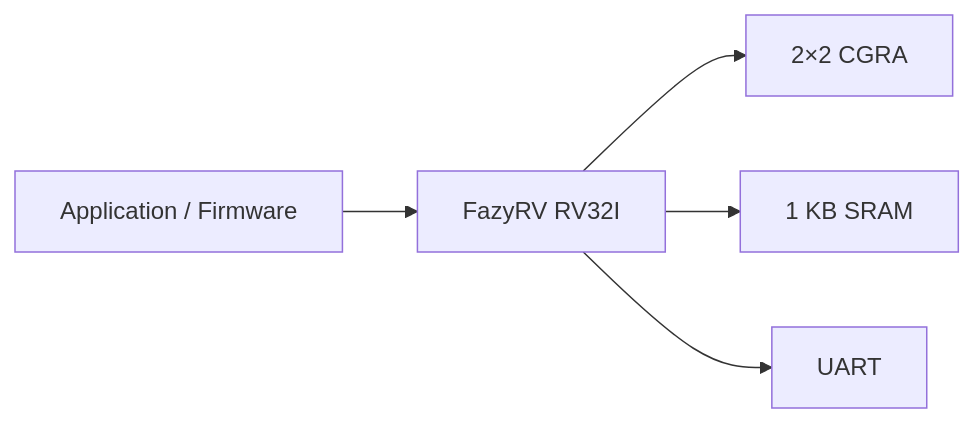
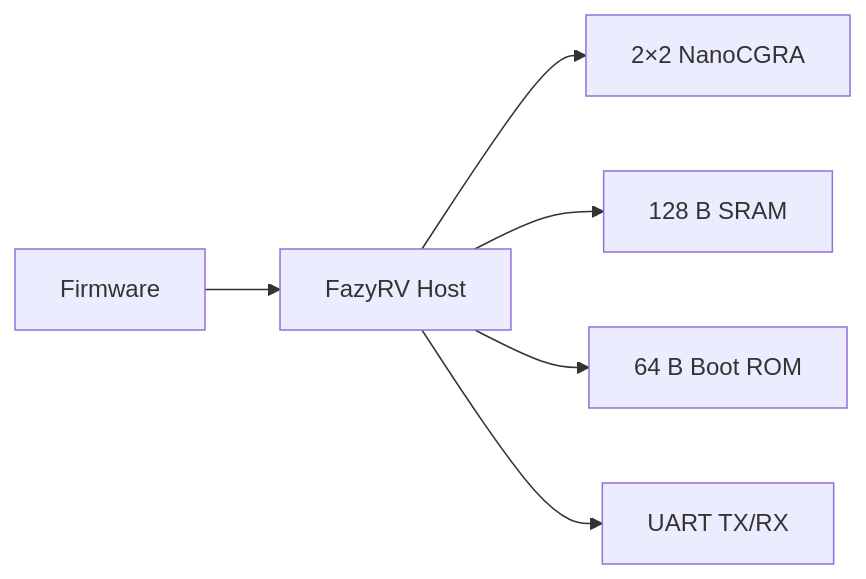
Before and after one commit to radhian/Chip-Orchestra: the first of 6 diagrams in output/NanoCGRA-SoC/README.md, drawn with Mermaid. The commit also changed other lines of this file and 156 other files, not shown here.

````diff
--- a/output/NanoCGRA-SoC/README.md
+++ b/output/NanoCGRA-SoC/README.md
@@ -33,19 +33,8 @@
 ```mermaid
 flowchart LR
-
-SPEC["Application / Firmware"]
-
-CPU["FazyRV RV32I"]
-
-CGRA["2×2 CGRA"]
-
-SRAM["1 KB SRAM"]
-
-UART["UART"]
-
-SPEC --> CPU
-
-CPU --> CGRA
-CPU --> SRAM
-CPU --> UART
+APP[Firmware]-->CPU[FazyRV Host]
+CPU-->CGRA[2×2 NanoCGRA]
+CPU-->SRAM[128 B SRAM]
+CPU-->ROM[64 B Boot ROM]
+CPU-->UART[UART TX/RX]
 ```
````
